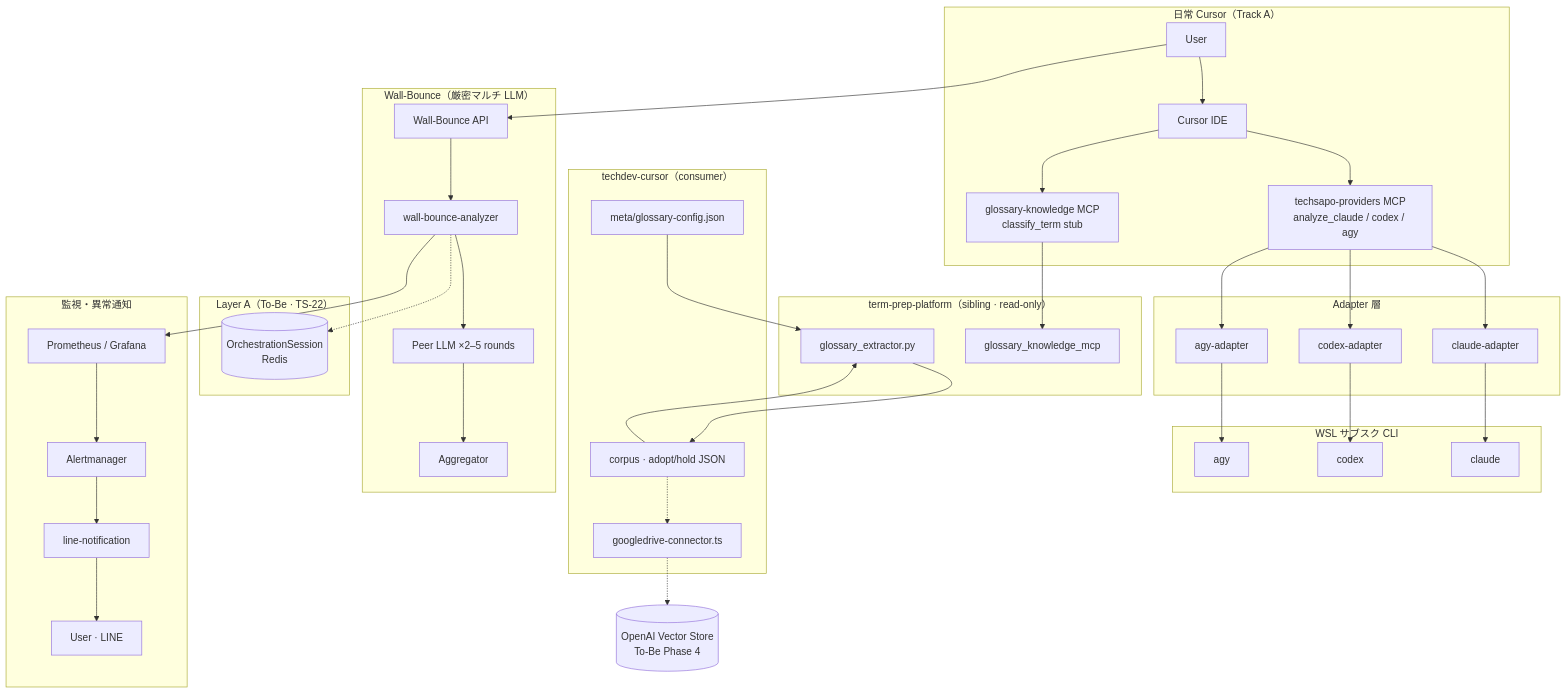
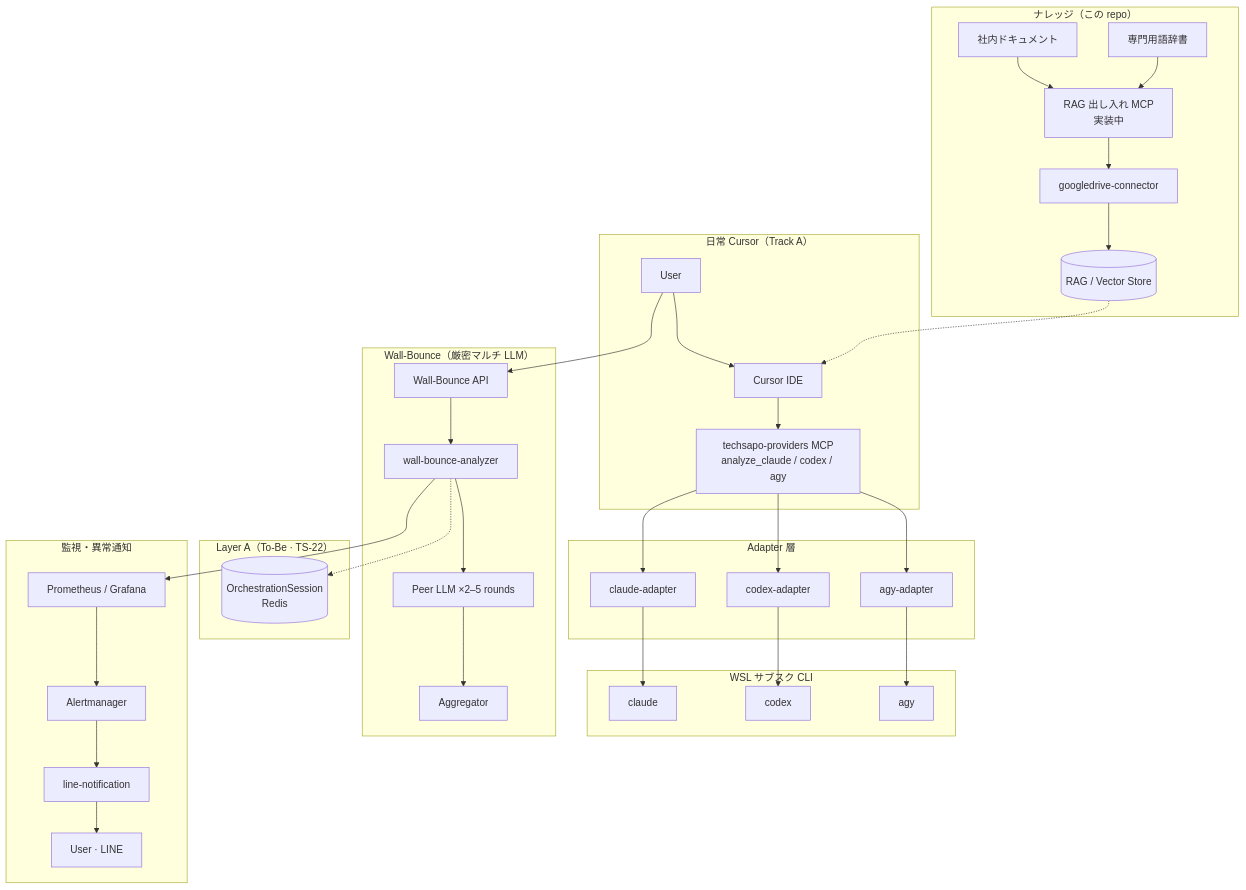
Before and after one commit to wombat2006/techdev-cursor: the diagram in README.md, drawn with Mermaid. The commit also changed other lines of this file and 1 other file, not shown here.

Commit message:
docs: refocus README architecture on RAG value, link term-prep-platform in prose
Shift the overview diagram from glossary prep internals to RAG ingest flow
so readers see how internal docs and domain terms improve Cursor output;
term-prep-platform stays linked as in-progress prep MCPs only.

````diff
--- a/README.md
+++ b/README.md
@@ -37,69 +39,59 @@
 ```mermaid
 flowchart TB
   subgraph trackA["日常 Cursor（Track A）"]
     U1[User]
     CUR[Cursor IDE]
     MCP[techsapo-providers MCP<br/>analyze_claude / codex / agy]
-    GK_MCP[glossary-knowledge MCP<br/>classify_term stub]
   end
 
-  subgraph repo["techdev-cursor（consumer）"]
-    CFG[meta/glossary-config.json]
-    CORP[corpus · adopt/hold JSON]
-    GD[googledrive-connector.ts]
-  end
-
-  subgraph platform["term-prep-platform（sibling · read-only）"]
-    EXT[glossary_extractor.py]
-    GK[glossary_knowledge_mcp]
+  subgraph knowledge["ナレッジ（この repo）"]
+    DOCS[社内ドキュメント]
+    DICT[専門用語辞書]
+    RAGIO[RAG 出し入れ MCP<br/>実装中]
+    GD[googledrive-connector]
+    VS[(RAG / Vector Store)]
   end
 
   subgraph adapters["Adapter 層"]
     AD1[claude-adapter]
     AD2[codex-adapter]
     AD3[agy-adapter]
   end
 
   subgraph cli["WSL サブスク CLI"]
     CL[claude]
     CX[codex]
     AG[agy]
   end
 
   subgraph wb["Wall-Bounce（厳密マルチ LLM）"]
     API[Wall-Bounce API]
     WBA[wall-bounce-analyzer]
     PEER[Peer LLM ×2–5 rounds]
     AGG[Aggregator]
   end
 
   subgraph mem["Layer A（To-Be · TS-22）"]
     REDIS[(OrchestrationSession<br/>Redis)]
   end
 
   subgraph mon["監視・異常通知"]
     PROM[Prometheus / Grafana]
     AM[Alertmanager]
     LN[line-notification]
     U2[User · LINE]
   end
 
-  VS[(OpenAI Vector Store<br/>To-Be Phase 4)]
-
-  U1 --> CUR
-  CUR --> MCP
-  CUR --> GK_MCP
+  U1 --> CUR --> MCP
   MCP --> AD1 & AD2 & AD3
   AD1 --> CL
   AD2 --> CX
   AD3 --> AG
-  GK_MCP --> GK
-  CFG --> EXT
-  CORP --> EXT
-  EXT --> CORP
-  GD -.-> VS
-  CORP -.-> GD
+  DOCS --> RAGIO
+  DICT --> RAGIO
+  RAGIO --> GD --> VS
+  VS -.-> CUR
   U1 --> API --> WBA --> PEER --> AGG
   WBA -.-> REDIS
   WBA --> PROM --> AM --> LN --> U2
 ```
````
